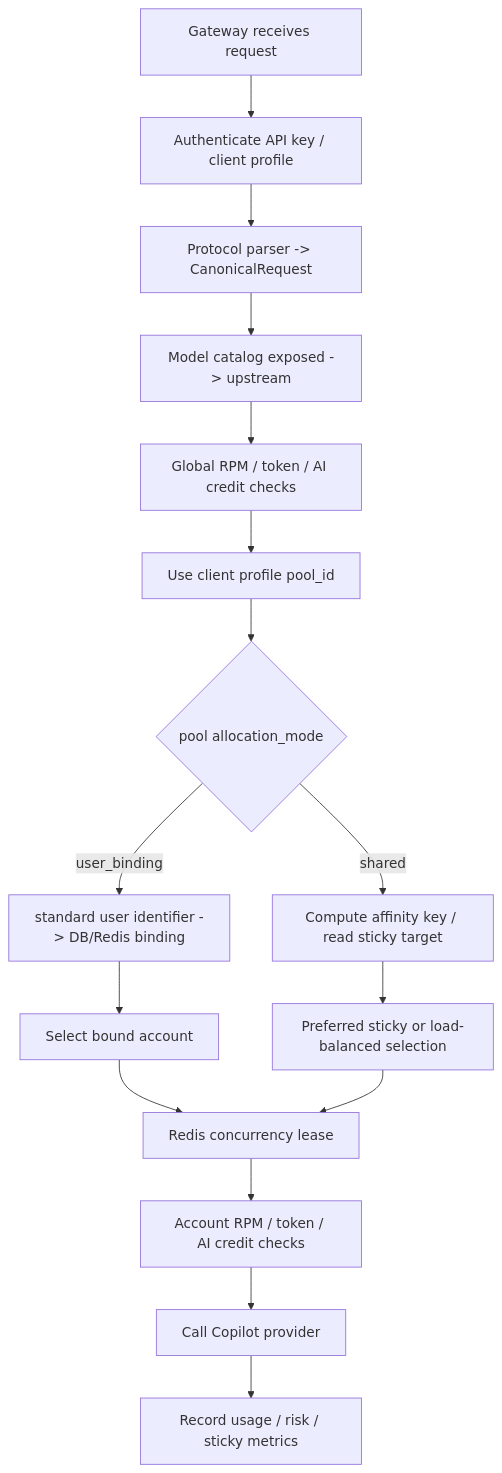
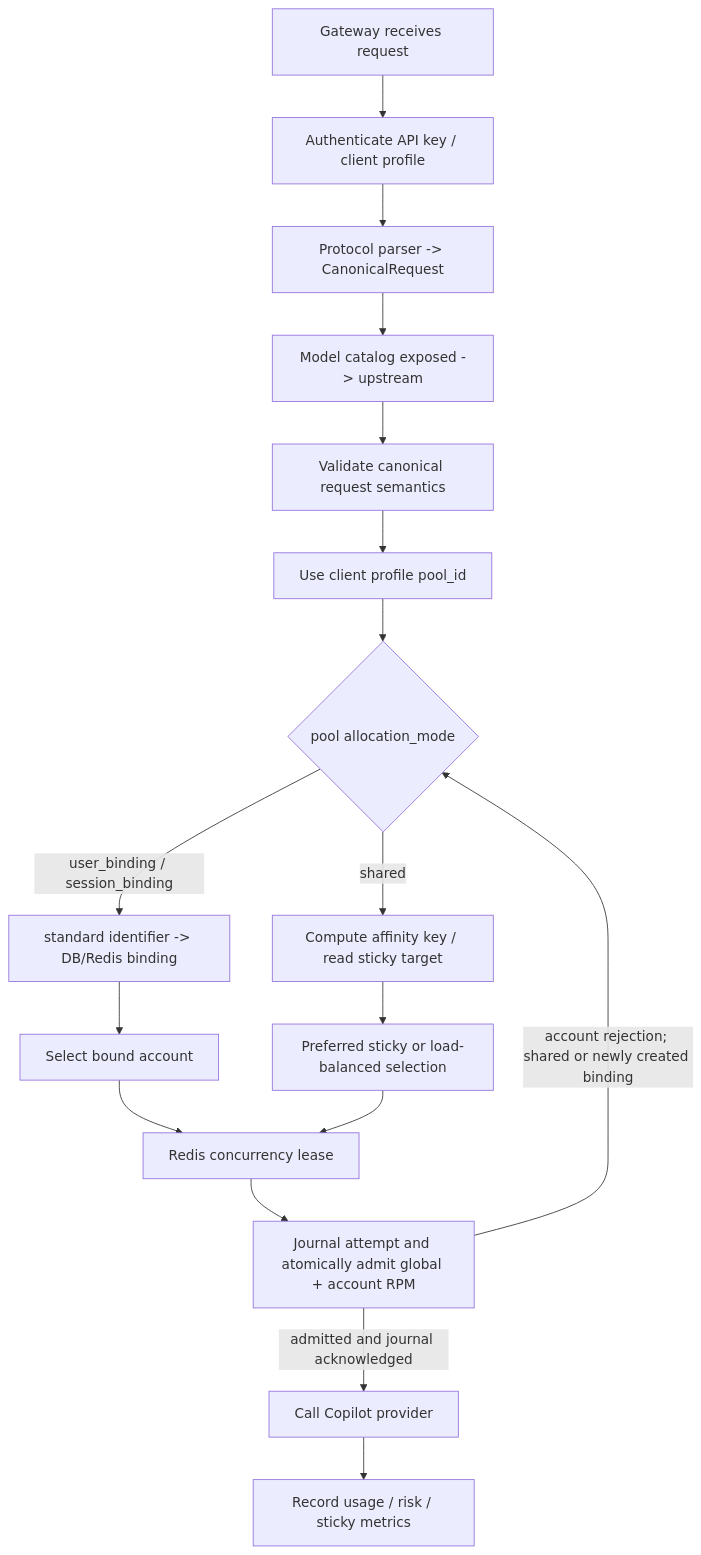
One commit to pczhao1210/ghcp-pool-proxy changed the diagram in docs/routing.en.md. Above: the diagram before and after it, drawn with Mermaid. The commit also changed other lines of this file and 34 other files, not shown here.

First line of the commit message:
Publish runtime release 2026.09.12.1 (schema 21)

````diff
--- a/docs/routing.en.md
+++ b/docs/routing.en.md
@@ -21,18 +21,19 @@
 ```mermaid
 flowchart TD
   A["Gateway receives request"] --> B["Authenticate API key / client profile"]
   B --> C["Protocol parser -> CanonicalRequest"]
   C --> D["Model catalog exposed -> upstream"]
-  D --> E["Global RPM / token / AI credit checks"]
+  D --> E["Validate canonical request semantics"]
   E --> F["Use client profile pool_id"]
   F --> G{"pool allocation_mode"}
-  G -->|"user_binding"| H["standard user identifier -> DB/Redis binding"]
+  G -->|"user_binding / session_binding"| H["standard identifier -> DB/Redis binding"]
   G -->|"shared"| I["Compute affinity key / read sticky target"]
   H --> J["Select bound account"]
   I --> K["Preferred sticky or load-balanced selection"]
   J --> L["Redis concurrency lease"]
   K --> L
-  L --> M["Account RPM / token / AI credit checks"]
-  M --> N["Call Copilot provider"]
+  L --> M["Journal attempt and atomically admit global + account RPM"]
+  M -->|"admitted and journal acknowledged"| N["Call Copilot provider"]
+  M -->|"account rejection; shared or newly created binding"| G
   N --> O["Record usage / risk / sticky metrics"]
 ```
````
